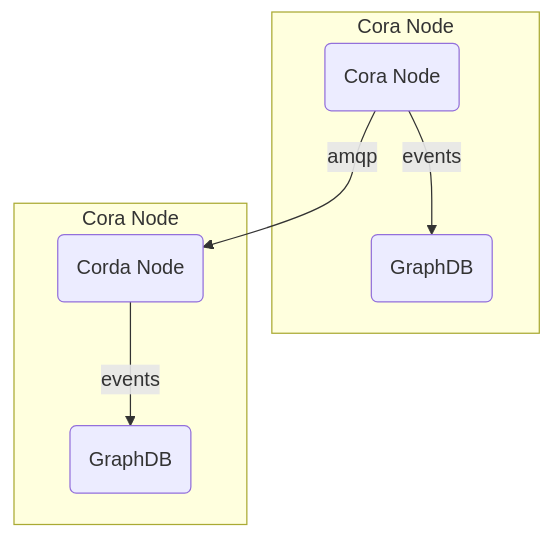
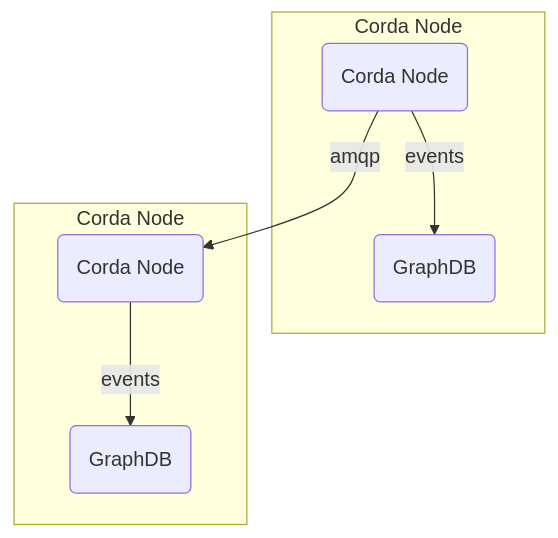
One commit to federatedplatforms/FEDeRATED-BDI changed the fourth of 4 diagrams in README.md. Above: the diagram before and after it, drawn with Mermaid. The commit also changed other lines of this file, not shown here.

Commit message:
more docs.

````diff
--- a/README.md
+++ b/README.md
@@ -73,10 +74,10 @@
 ```mermaid
 graph TD
-    subgraph Cora Node 
-        CORDA(Cora Node) -- events --> GRAPHDB(GraphDB)
+    subgraph Corda Node 
+        CORDA(Corda Node) -- events --> GRAPHDB(GraphDB)
     end
-    subgraph Cora Node
+    subgraph Corda Node
         CORDA -- amqp --> OTHER
         OTHER(Corda Node) -- events --> OTHERGRAPHDB(GraphDB)
     end
 ```
````
